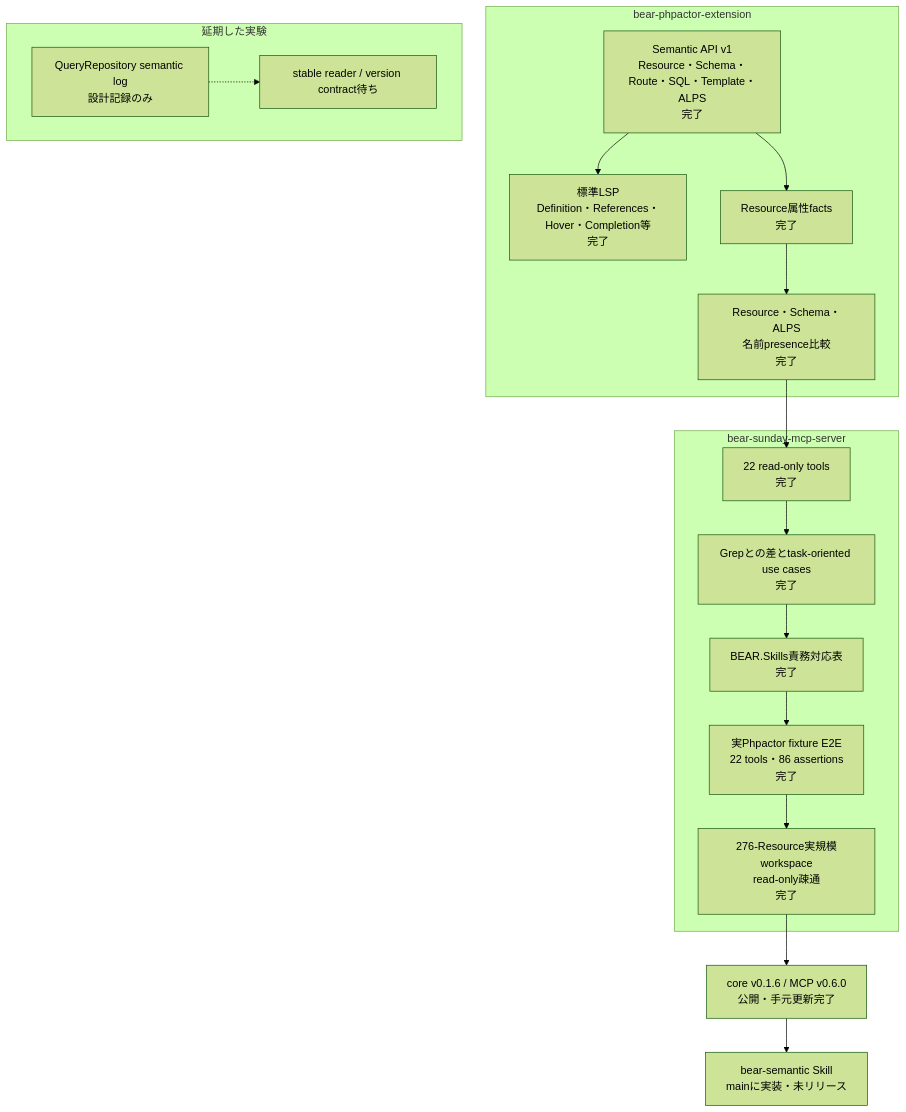
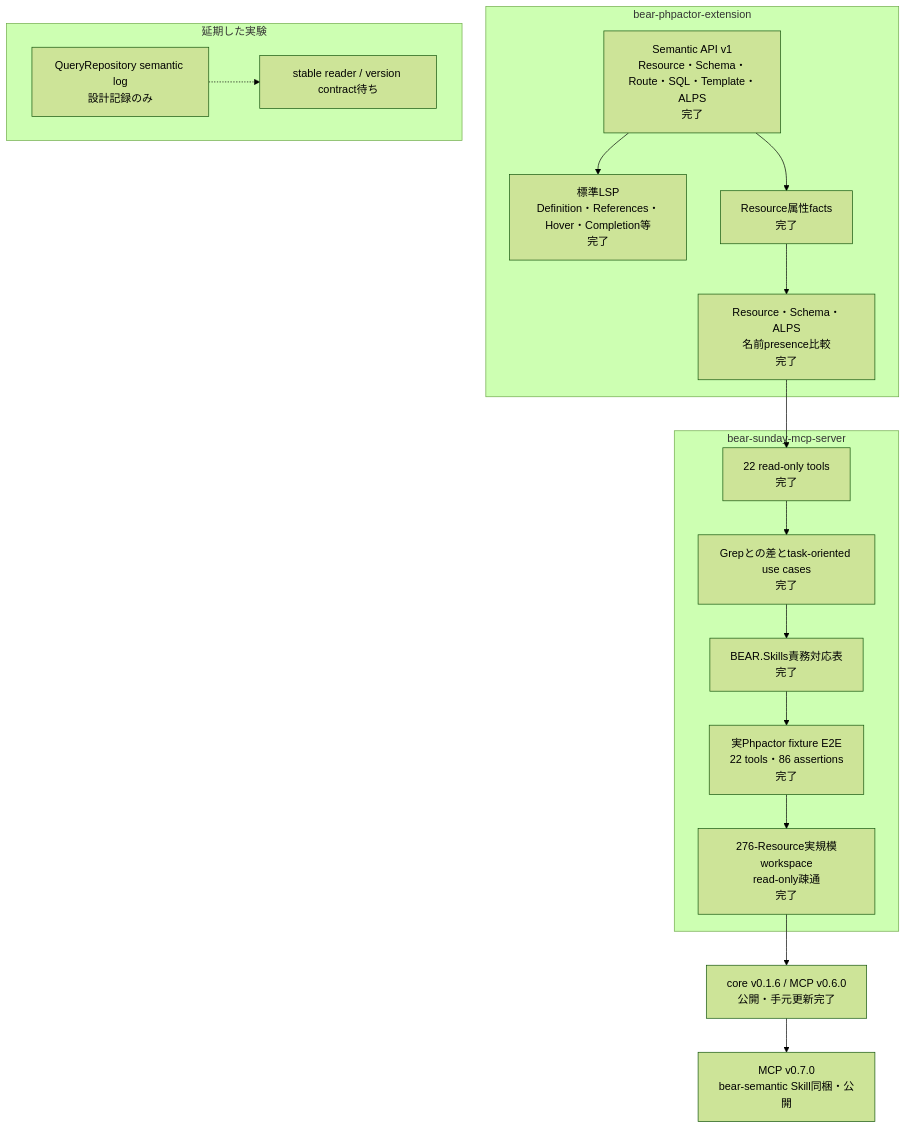
Before and after one commit to suzumaze/bear-sunday-mcp-server: the diagram in docs/project-status.ja.md, drawn with Mermaid (forest theme). The commit also changed other lines of this file and 5 other files, not shown here.

````diff
--- a/docs/project-status.ja.md
+++ b/docs/project-status.ja.md
@@ -8,31 +8,31 @@
 ```mermaid
 flowchart TB
     subgraph Core["bear-phpactor-extension"]
         C1["Semantic API v1<br/>Resource・Schema・Route・SQL・Template・ALPS<br/>完了"]
         C2["標準LSP<br/>Definition・References・Hover・Completion等<br/>完了"]
         C3["Resource属性facts<br/>完了"]
         C4["Resource・Schema・ALPS<br/>名前presence比較<br/>完了"]
         C1 --> C2
         C1 --> C3 --> C4
     end
 
     subgraph MCP["bear-sunday-mcp-server"]
         M1["22 read-only tools<br/>完了"]
         M2["Grepとの差とtask-oriented use cases<br/>完了"]
         M3["BEAR.Skills責務対応表<br/>完了"]
         M4["実Phpactor fixture E2E<br/>22 tools・86 assertions<br/>完了"]
         M5["276-Resource実規模workspace<br/>read-only疎通<br/>完了"]
         M1 --> M2 --> M3 --> M4 --> M5
     end
 
     C4 --> M1
 
     subgraph Deferred["延期した実験"]
         D1["QueryRepository semantic log<br/>設計記録のみ"]
         D2["stable reader / version contract待ち"]
         D1 -.-> D2
     end
 
     M5 --> R1["core v0.1.6 / MCP v0.6.0<br/>公開・手元更新完了"]
-    R1 --> S1["bear-semantic Skill<br/>mainに実装・未リリース"]
+    R1 --> S1["MCP v0.7.0<br/>bear-semantic Skill同梱・公開"]
 ```
````
